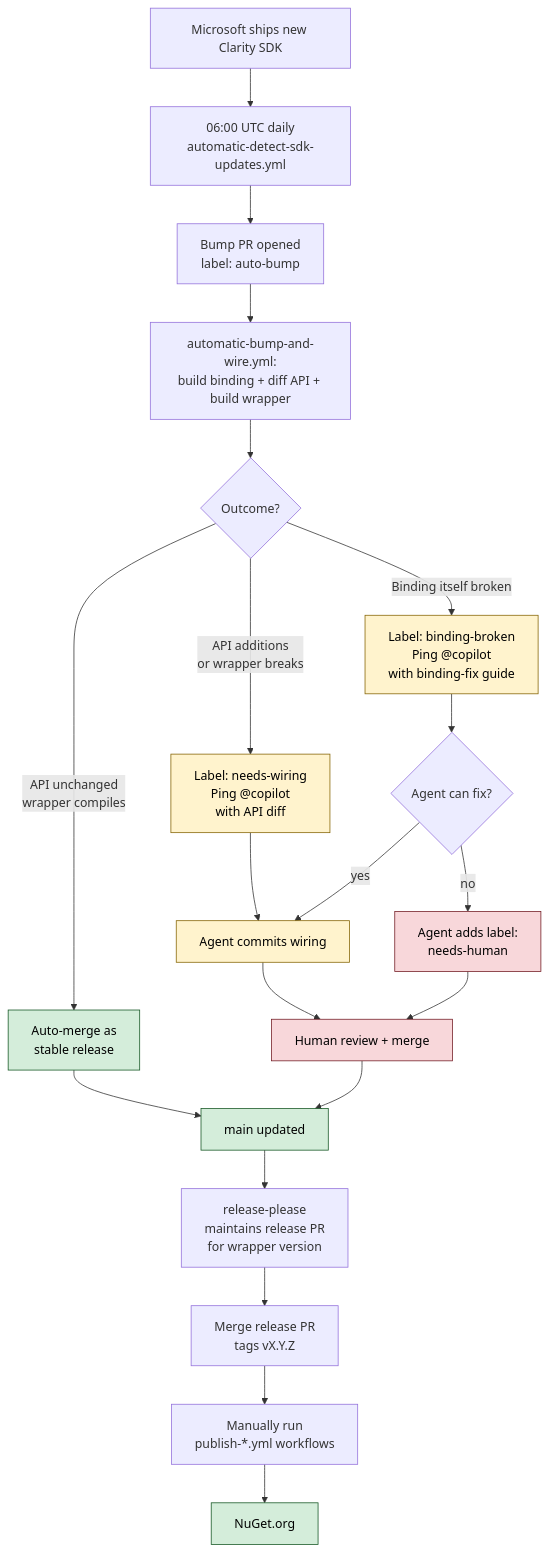
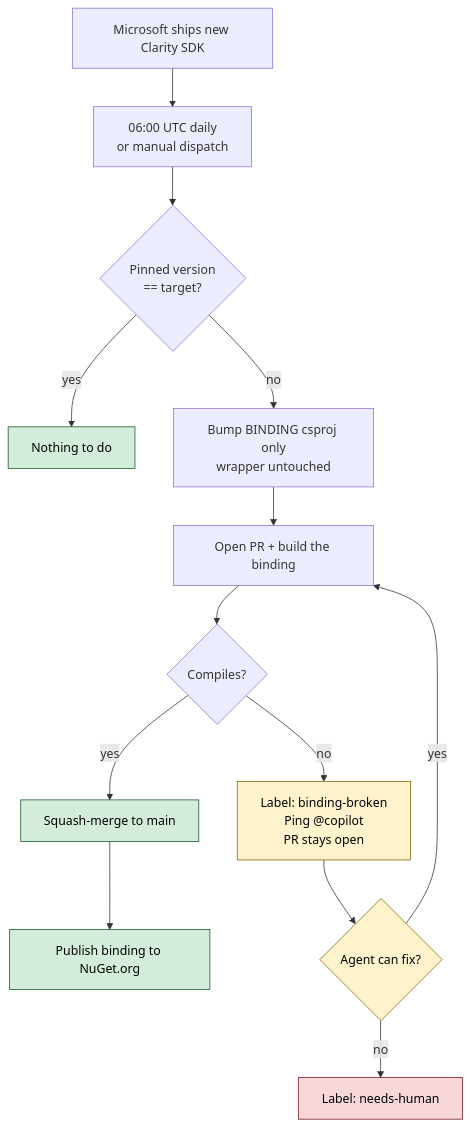
Before and after one commit to Kebechet/Maui.MicrosoftClarity: the diagram in README.md, drawn with Mermaid. The commit also changed other lines of this file and 7 other files, not shown here.

````diff
--- a/README.md
+++ b/README.md
@@ -61,34 +69,23 @@
 ```mermaid
 flowchart TD
-    A[Microsoft ships new Clarity SDK] --> B[06:00 UTC daily<br/>automatic-detect-sdk-updates.yml]
-    B --> C[Bump PR opened<br/>label: auto-bump]
-    C --> D[automatic-bump-and-wire.yml:<br/>build binding + diff API + build wrapper]
+    A[Microsoft ships new Clarity SDK] --> B[06:00 UTC daily<br/>or manual dispatch]
+    B --> C{Pinned version<br/>== target?}
+    C -->|yes| Z[Nothing to do]
+    C -->|no| D[Bump BINDING csproj only<br/>wrapper untouched]
+    D --> E[Open PR + build the binding]
+    E --> F{Compiles?}
+    F -->|no| G[Label: binding-broken<br/>Ping @copilot<br/>PR stays open]
+    F -->|yes| H[Squash-merge to main]
+    H --> I[Publish binding to NuGet.org]
 
-    D --> E{Outcome?}
-
-    E -->|API unchanged<br/>wrapper compiles| F[Auto-merge as<br/>stable release]
-    E -->|API additions<br/>or wrapper breaks| G[Label: needs-wiring<br/>Ping @copilot<br/>with API diff]
-    E -->|Binding itself broken| H[Label: binding-broken<br/>Ping @copilot<br/>with binding-fix guide]
-
-    G --> K[Agent commits wiring]
-    H --> L{Agent can fix?}
-    L -->|yes| K
-    L -->|no| M[Agent adds label:<br/>needs-human]
-
-    K --> N[Human review + merge]
-    M --> N
-    F --> O[main updated]
-    N --> O
-
-    O --> R[release-please<br/>maintains release PR<br/>for wrapper version]
-    R --> S[Merge release PR<br/>tags vX.Y.Z]
-    S --> T[Manually run<br/>publish-*.yml workflows]
-    T --> U[NuGet.org]
+    G --> J{Agent can fix?}
+    J -->|yes| E
+    J -->|no| K[Label: needs-human]
 
     classDef happy fill:#d4edda,stroke:#155724,color:#000
     classDef warn fill:#fff3cd,stroke:#856404,color:#000
     classDef human fill:#f8d7da,stroke:#721c24,color:#000
-    class F,O,U happy
-    class G,H,K warn
-    class M,N human
+    class H,I,Z happy
+    class G,J warn
+    class K human
 ```
````
